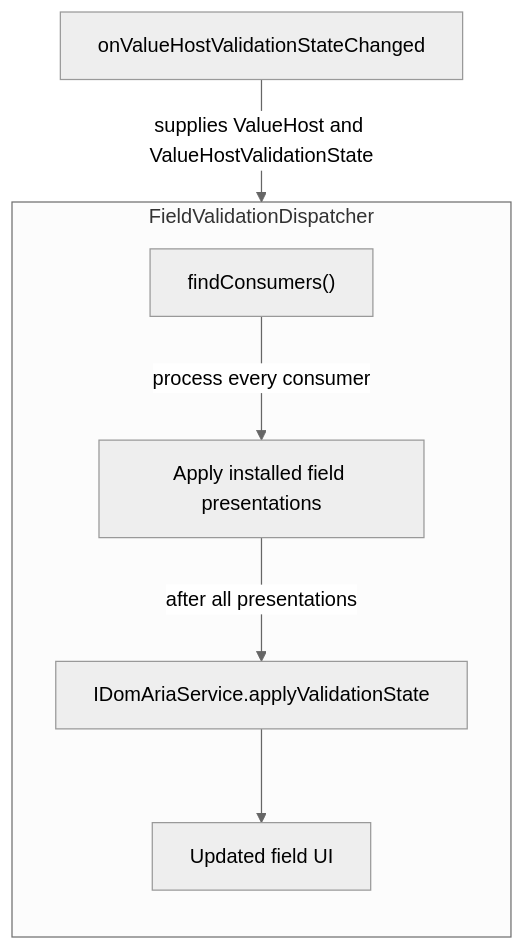
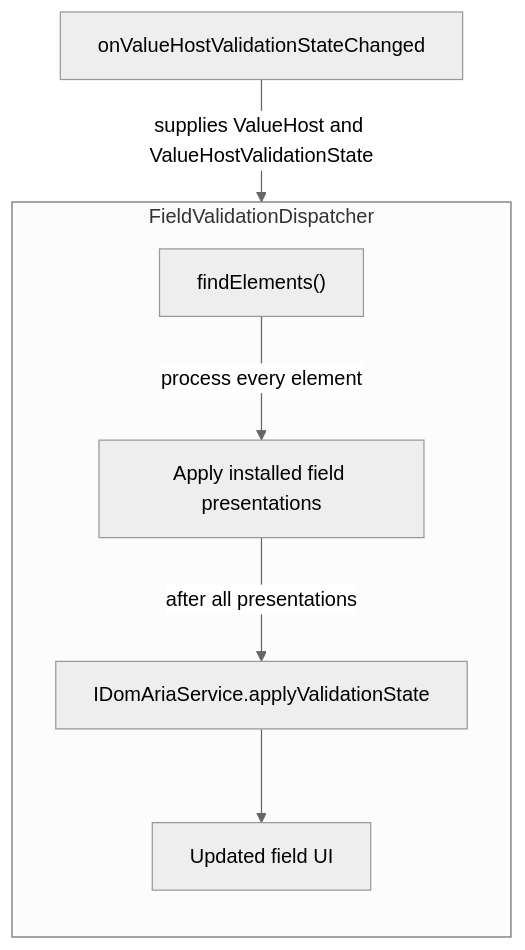
One commit to plblum/jivs changed the fifth of 13 diagrams in planning/Jivs-DOM_Implementation_Design.md. Above: the diagram before and after it, drawn with Mermaid (neutral theme). The commit also changed other lines of this file and 26 other files, not shown here.

````diff
--- a/planning/Jivs-DOM_Implementation_Design.md
+++ b/planning/Jivs-DOM_Implementation_Design.md
@@ -185,21 +185,21 @@
 ```mermaid
 flowchart TB
     CALLBACK["onValueHostValidationStateChanged"]
 
     subgraph DISPATCHER["FieldValidationDispatcher"]
         direction TB
 
-        FIND["findConsumers()"]
+        FIND["findElements()"]
         APPLY["Apply installed field presentations"]
         ARIA["IDomAriaService.applyValidationState"]
         FIELD_UI["Updated field UI"]
 
-        FIND -->|"process every consumer"| APPLY
+        FIND -->|"process every element"| APPLY
         APPLY -->|"after all presentations"| ARIA
         ARIA --> FIELD_UI
     end
 
 
     CALLBACK -->|"supplies ValueHost and ValueHostValidationState"| DISPATCHER
 
 ```
````
